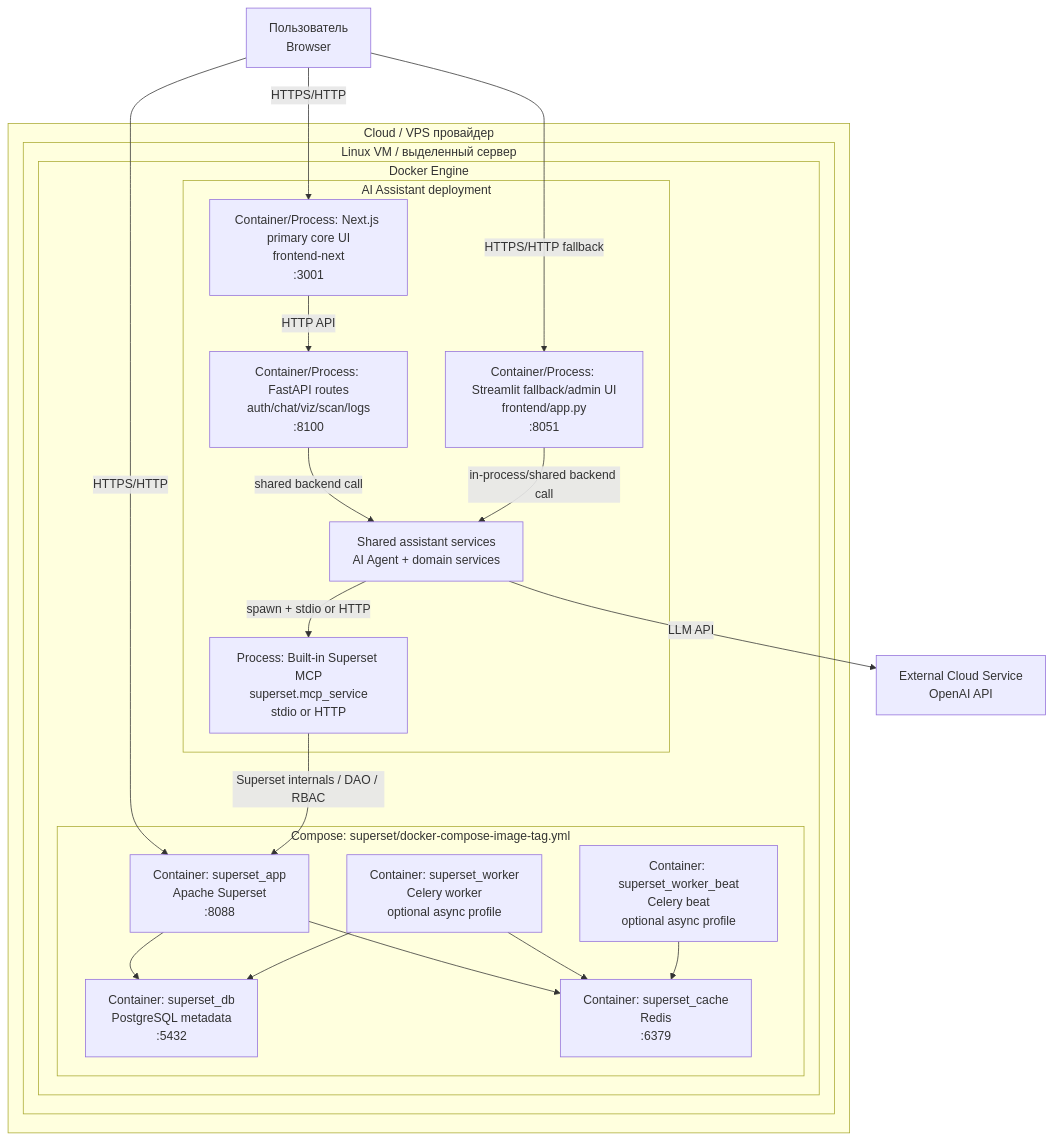
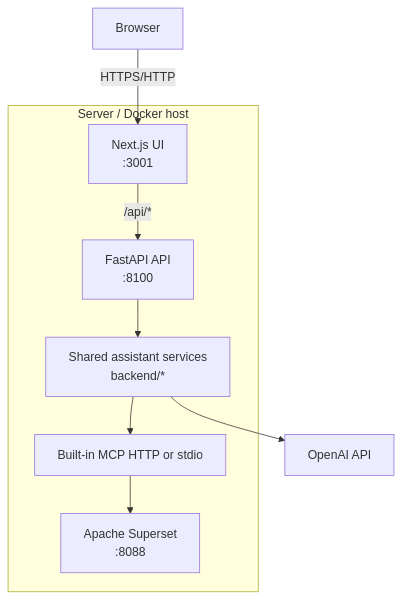
Before and after one commit to SHUBINDENIS/superset_ai: the diagram in docs/deployment.md, drawn with Mermaid. The commit also changed other lines of this file and 24 other files, not shown here.

````diff
--- a/docs/deployment.md
+++ b/docs/deployment.md
@@ -23,44 +14,21 @@
 ```mermaid
 flowchart TB
-    user[Пользователь<br/>Browser]
+    user[Browser]
 
-    subgraph cloud[Cloud / VPS провайдер]
-        subgraph vm[Linux VM / выделенный сервер]
-            subgraph docker[Docker Engine]
-                subgraph supstack[Compose: superset/docker-compose-image-tag.yml]
-                    superset_app[Container: superset_app<br/>Apache Superset<br/>:8088]
-                    superset_db[Container: superset_db<br/>PostgreSQL metadata<br/>:5432]
-                    superset_cache[Container: superset_cache<br/>Redis<br/>:6379]
-                    superset_worker[Container: superset_worker<br/>Celery worker<br/>optional async profile]
-                    superset_beat[Container: superset_worker_beat<br/>Celery beat<br/>optional async profile]
-                end
-
-                subgraph aistack[AI Assistant deployment]
-                    nextjs[Container/Process: Next.js primary core UI<br/>frontend-next<br/>:3001]
-                    fastapi[Container/Process: FastAPI routes<br/>auth/chat/viz/scan/logs<br/>:8100]
-                    streamlit[Container/Process: Streamlit fallback/admin UI<br/>frontend/app.py<br/>:8051]
-                    services[Shared assistant services<br/>AI Agent + domain services]
-                    mcp[Process: Built-in Superset MCP<br/>superset.mcp_service<br/>stdio or HTTP]
-                end
-            end
-        end
+    subgraph host[Server / Docker host]
+        nextjs[Next.js UI<br/>:3001]
+        fastapi[FastAPI API<br/>:8100]
+        superset[Apache Superset<br/>:8088]
+        mcp[Built-in MCP HTTP or stdio]
+        services[Shared assistant services<br/>backend/*]
     end
 
-    openai[External Cloud Service<br/>OpenAI API]
+    openai[OpenAI API]
 
     user -->|HTTPS/HTTP| nextjs
-    user -->|HTTPS/HTTP fallback| streamlit
-    user -->|HTTPS/HTTP| superset_app
-    nextjs -->|HTTP API| fastapi
-    fastapi -->|shared backend call| services
-    streamlit -->|in-process/shared backend call| services
-    services -->|LLM API| openai
-    services -->|spawn + stdio or HTTP| mcp
-    mcp -->|Superset internals / DAO / RBAC| superset_app
-
-    superset_app --> superset_db
-    superset_app --> superset_cache
-    superset_worker --> superset_db
-    superset_worker --> superset_cache
-    superset_beat --> superset_cache
+    nextjs -->|/api/*| fastapi
+    fastapi --> services
+    services --> mcp
+    mcp --> superset
+    services --> openai
 ```
````
